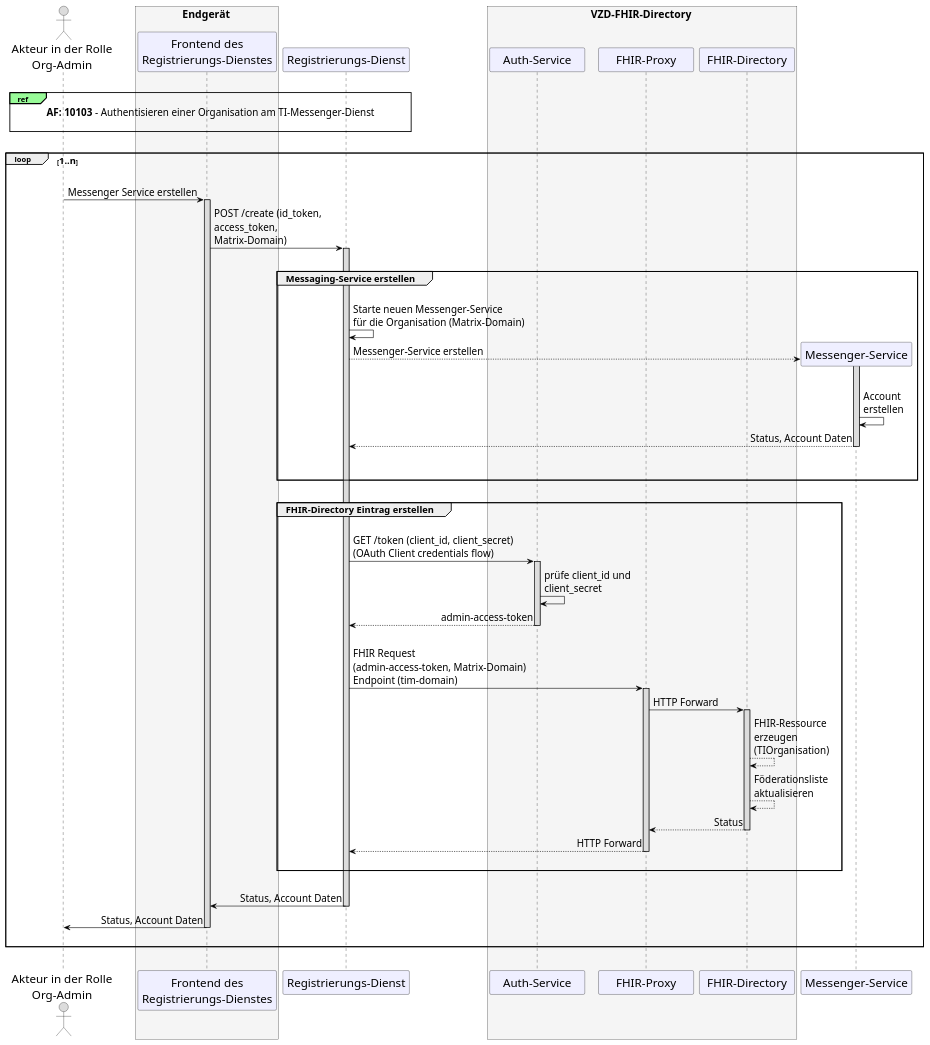
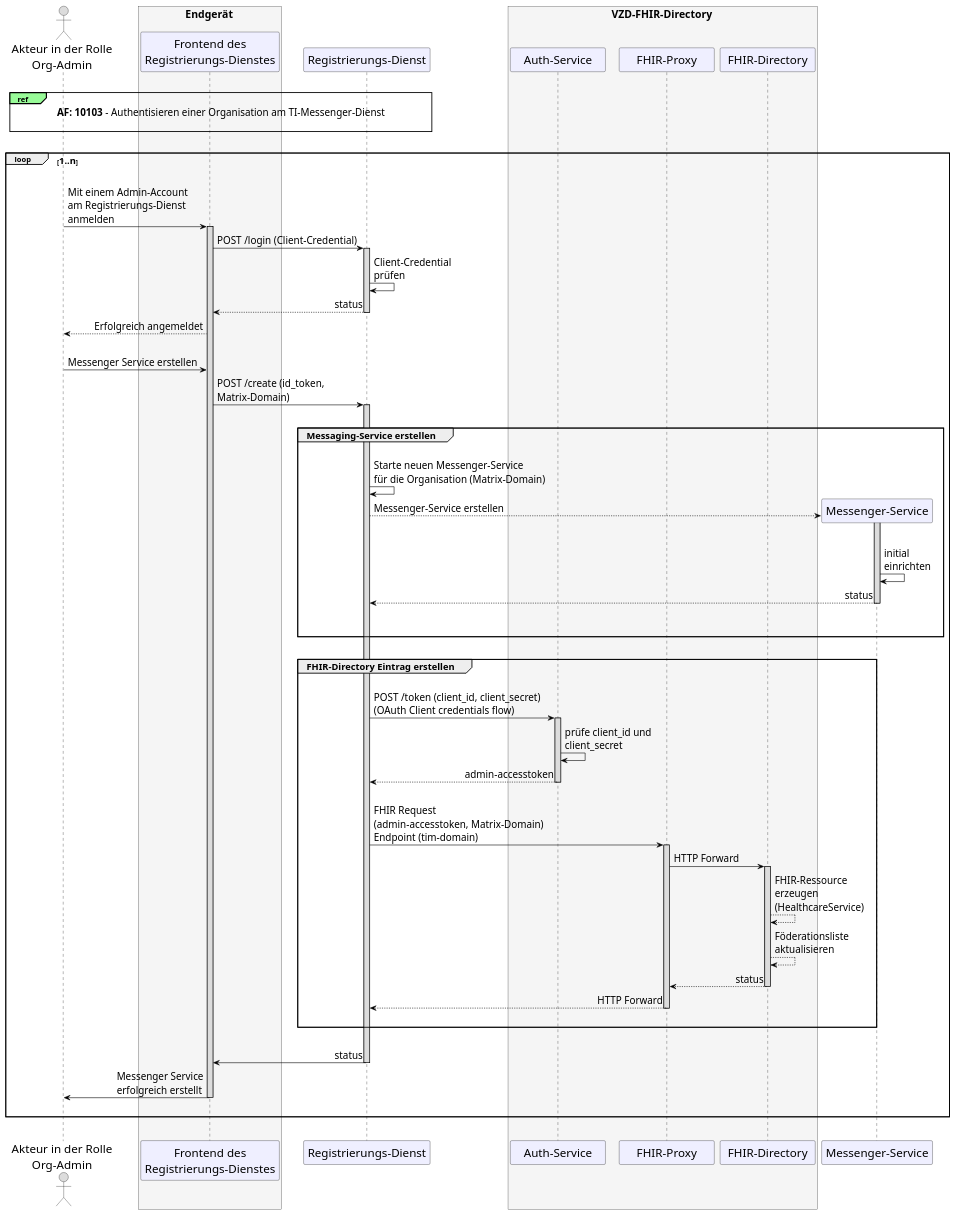
One commit to gematik/api-ti-messenger changed the diagram in src/plantuml/TI-Messenger-Dienst/Ressourcen/UC_10060_Seq.puml. Above: the diagram before and after it, drawn with PlantUML.

```diff
--- a/src/plantuml/TI-Messenger-Dienst/Ressourcen/UC_10060_Seq.puml
+++ b/src/plantuml/TI-Messenger-Dienst/Ressourcen/UC_10060_Seq.puml
@@ -9,98 +9,106 @@
 @startuml
 skinparam sequenceMessageAlign direction
 skinparam WrapWidth 300
 skinparam minClassWidth 150
 skinparam BoxPadding 1
 skinparam sequenceReferenceHeaderBackgroundColor palegreen
 scale max 2048 width
 
 skinparam sequence {
 ArrowColor black
 ArrowFontSize 17
 ActorBorderColor black
 LifeLineBorderColor black
 LifeLineBackgroundColor Gainsboro
 
 ParticipantBorderColor Motivation
 ParticipantBackgroundColor Motivation
 ParticipantFontName Impact
 ParticipantFontSize 20
 ParticipantFontColor black
 ParticipantBorderColor Black
 ParticipantBackgroundColor MOTIVATION
 
 ActorBackgroundColor Gainsboro
 ActorFontColor black
 ActorFontSize 20
 ActorFontName Aapex
 }
     actor U as "Akteur in der Rolle\nOrg-Admin"
     box <size:18>Endgerät</size> #WhiteSmoke
       participant C as "Frontend des\nRegistrierungs-Dienstes"
     end box
     participant R as "Registrierungs-Dienst"
     box <size:18>VZD-FHIR-Directory</size> #WhiteSmoke
     participant Auth as "Auth-Service"
     participant FP as "FHIR-Proxy"
     participant VZD as "FHIR-Directory"
     end box
 
 |||
 ref over U, R: <size:17>**AF: 10103** - Authentisieren einer Organisation am TI-Messenger-Dienst</size>\n 
 |||
 
 loop <size:16>1..n</size>
   |||
+  U->C: Mit einem Admin-Account \nam Registrierungs-Dienst \nanmelden
+    Activate C
+  C->R: POST /login (Client-Credential)
+    Activate R
+  R->R: Client-Credential \nprüfen
+  R-->C: status
+    Deactivate R
+  C-->U: Erfolgreich angemeldet
+  |||
   U->C: Messenger Service erstellen
-  Activate C
-  C->R: POST /create (id_token, \naccess_token, \nMatrix-Domain)
+  C->R: POST /create (id_token, \nMatrix-Domain)
     Activate R
     
     |||
     group <size:16>Messaging-Service erstellen</size>
     |||
       R->R: Starte neuen Messenger-Service \nfür die Organisation (Matrix-Domain)
         create "Messenger-Service"
           R-->"Messenger-Service" : Messenger-Service erstellen 
         Activate "Messenger-Service"
       |||
-      "Messenger-Service"->"Messenger-Service": Account \nerstellen
-      "Messenger-Service"-->R: Status, Account Daten
+      "Messenger-Service"->"Messenger-Service": initial \neinrichten
+      "Messenger-Service"-->R: status
       |||
         Deactivate "Messenger-Service"
     |||
     end
     
     |||
     
     group <size:16>FHIR-Directory Eintrag erstellen</size>
     |||
-      R->Auth: GET /token (client_id, client_secret) \n(OAuth Client credentials flow)
+      R->Auth: POST /token (client_id, client_secret) \n(OAuth Client credentials flow)
         Activate Auth
       Auth->Auth: prüfe client_id und \nclient_secret
-      Auth-->R: admin-access-token
+      Auth-->R: admin-accesstoken
         Deactivate Auth
       |||
-      R->FP: FHIR Request \n(admin-access-token, Matrix-Domain)\nEndpoint (tim-domain)
+      R->FP: FHIR Request \n(admin-accesstoken, Matrix-Domain)\nEndpoint (tim-domain)
         Activate FP
       FP->VZD: HTTP Forward
         Activate VZD
-      VZD-->VZD: FHIR-Ressource \nerzeugen \n(TIOrganisation)
+      VZD-->VZD: FHIR-Ressource \nerzeugen \n(HealthcareService)
       VZD-->VZD: Föderationsliste\naktualisieren
-      VZD-->FP: Status
+      VZD-->FP: status
         Deactivate VZD
       FP-->R: HTTP Forward
         Deactivate FP
 
     |||
     end
 
   |||
-  R->C: Status, Account Daten
+  R->C: status
     Deactivate R
-  C->U: Status, Account Daten
+  C->U: Messenger Service \nerfolgreich erstellt
     Deactivate C
   |||
 end
 |||
 @enduml
```
